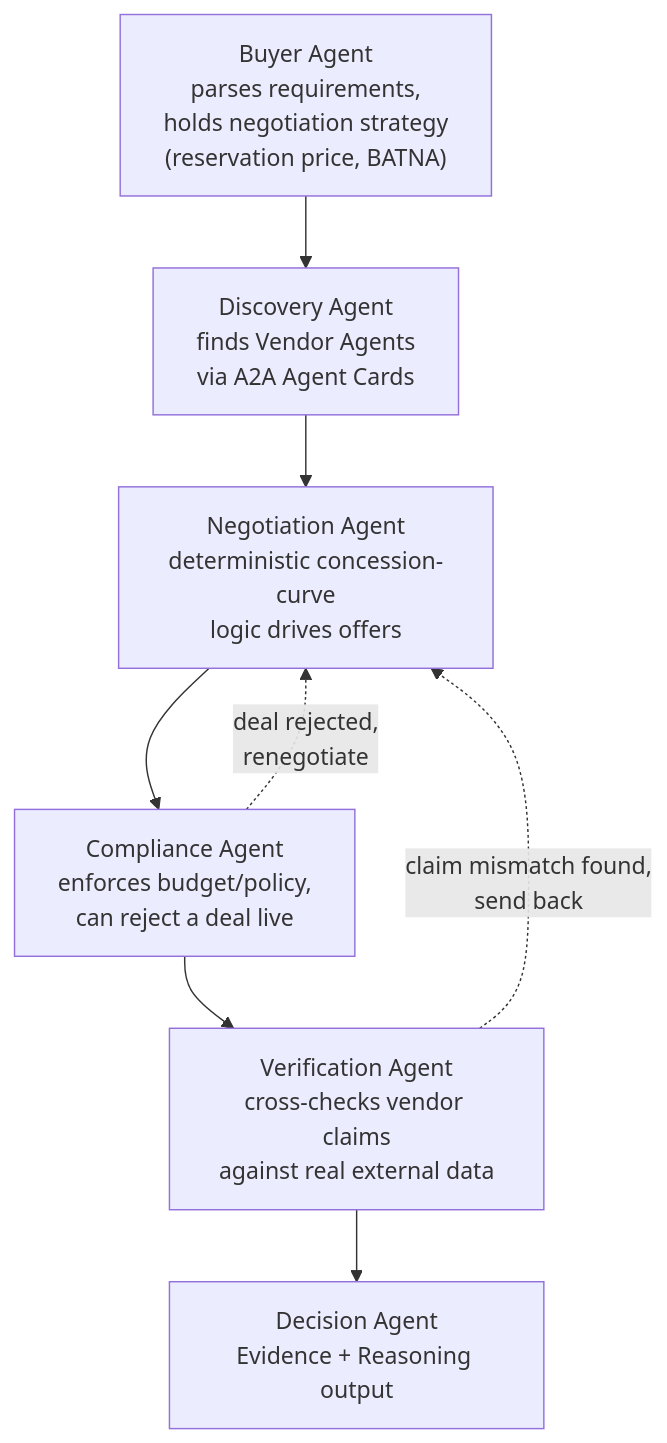
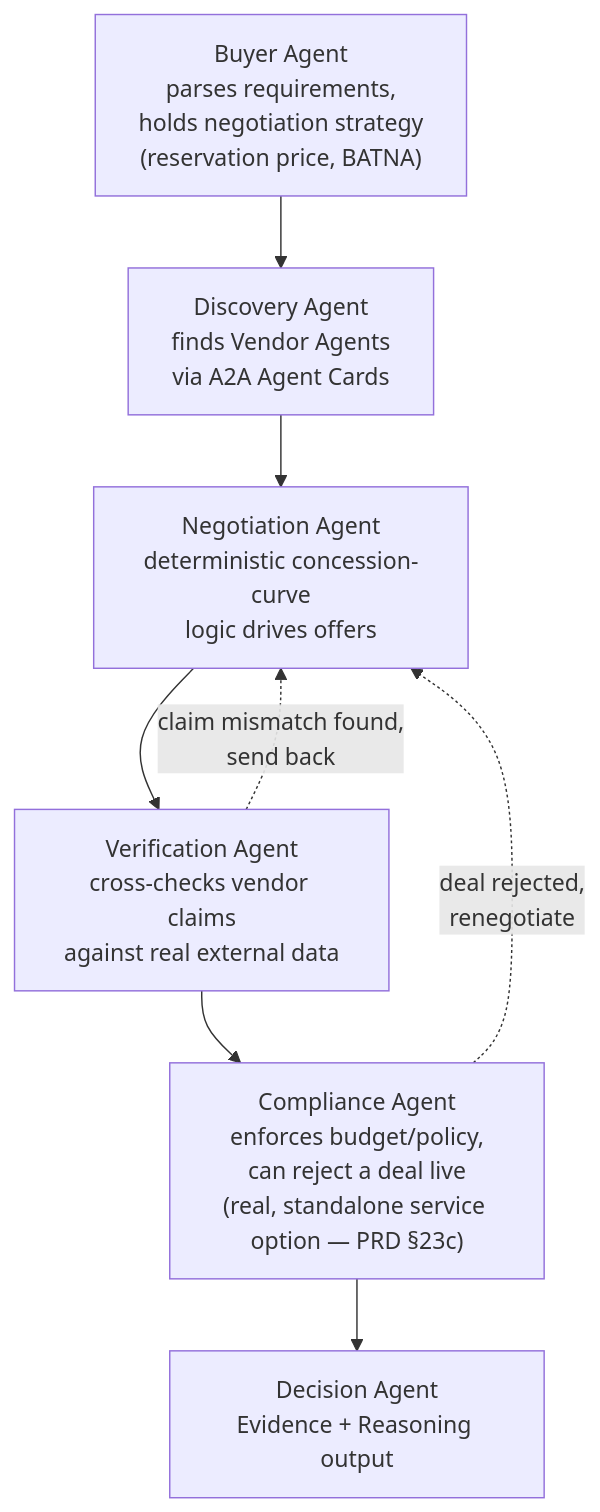
One commit to maha-rk/pact changed the second of 5 diagrams in docs/ARCHITECTURE.md. Above: the diagram before and after it, drawn with Mermaid. The commit also changed other lines of this file and 2 other files, not shown here.

First line of the commit message:
Document the real Pub/Sub-decoupled negotiation execution path

````diff
--- a/docs/ARCHITECTURE.md
+++ b/docs/ARCHITECTURE.md
@@ -49,14 +49,14 @@
 ```mermaid
 flowchart TB
     BUYER["Buyer Agent<br/>parses requirements,<br/>holds negotiation strategy<br/>(reservation price, BATNA)"]
     DISCOVERY["Discovery Agent<br/>finds Vendor Agents<br/>via A2A Agent Cards"]
     NEGOTIATION["Negotiation Agent<br/>deterministic concession-curve<br/>logic drives offers"]
-    COMPLIANCE["Compliance Agent<br/>enforces budget/policy,<br/>can reject a deal live"]
     VERIFICATION["Verification Agent<br/>cross-checks vendor claims<br/>against real external data"]
+    COMPLIANCE["Compliance Agent<br/>enforces budget/policy,<br/>can reject a deal live<br/>(real, standalone service option — PRD §23c)"]
     DECISION["Decision Agent<br/>Evidence + Reasoning output"]
 
     BUYER --> DISCOVERY --> NEGOTIATION
-    NEGOTIATION --> COMPLIANCE --> VERIFICATION --> DECISION
+    NEGOTIATION --> VERIFICATION --> COMPLIANCE --> DECISION
     VERIFICATION -.->|claim mismatch found,<br/>send back| NEGOTIATION
     COMPLIANCE -.->|deal rejected,<br/>renegotiate| NEGOTIATION
 ```
````
